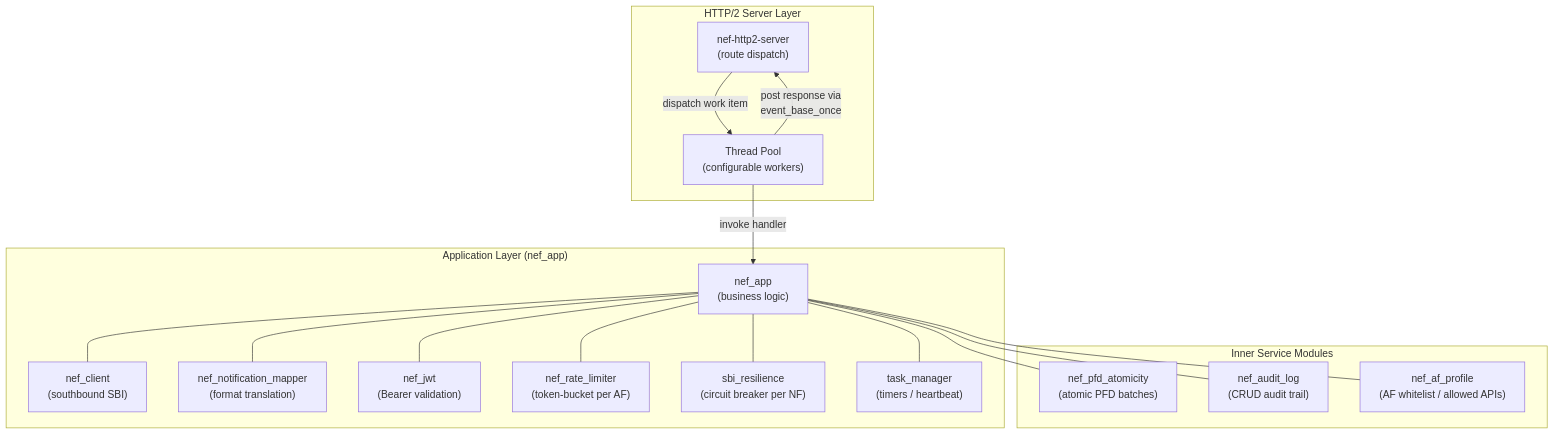
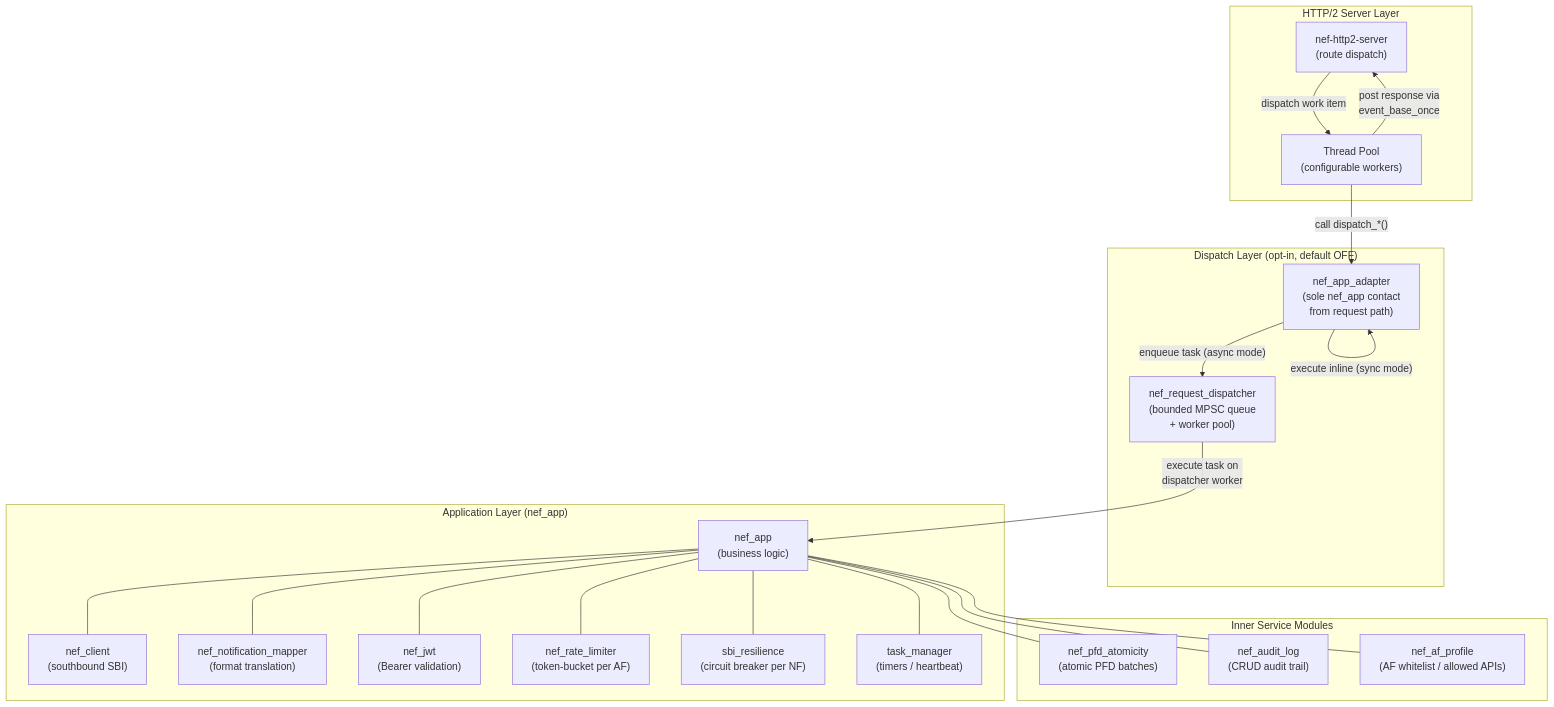
The second of 3 diagrams in docs/architecture.md (openairinterface/oai-cn5g-nef), drawn with Mermaid before and after one commit. The commit also changed other lines of this file and 20 other files, not shown here.

````diff
--- a/docs/architecture.md
+++ b/docs/architecture.md
@@ -26,36 +26,44 @@
 ```mermaid
 graph TB
     subgraph HTTP_Layer["HTTP/2 Server Layer"]
         HS["nef-http2-server\n(route dispatch)"]
         TP["Thread Pool\n(configurable workers)"]
         HS -->|"dispatch work item"| TP
         TP -->|"post response via\nevent_base_once"| HS
+    end
+
+    subgraph Dispatch_Layer["Dispatch Layer (opt-in, default OFF)"]
+        ADP["nef_app_adapter\n(sole nef_app contact\nfrom request path)"]
+        DQ["nef_request_dispatcher\n(bounded MPSC queue\n+ worker pool)"]
+        ADP -->|"enqueue task (async mode)"| DQ
+        ADP -->|"execute inline (sync mode)"| ADP
     end
 
     subgraph App_Layer["Application Layer (nef_app)"]
         APP["nef_app\n(business logic)"]
         CLI["nef_client\n(southbound SBI)"]
         NM["nef_notification_mapper\n(format translation)"]
         JWT["nef_jwt\n(Bearer validation)"]
         RL["nef_rate_limiter\n(token-bucket per AF)"]
         RES["sbi_resilience\n(circuit breaker per NF)"]
         TM["task_manager\n(timers / heartbeat)"]
         APP --- CLI
         APP --- NM
         APP --- JWT
         APP --- RL
         APP --- RES
         APP --- TM
     end
 
     subgraph Inner["Inner Service Modules"]
         PFD["nef_pfd_atomicity\n(atomic PFD batches)"]
         AUD["nef_audit_log\n(CRUD audit trail)"]
         AFP["nef_af_profile\n(AF whitelist / allowed APIs)"]
     end
 
-    TP -->|"invoke handler"| APP
+    TP -->|"call dispatch_*()"| ADP
+    DQ -->|"execute task on\ndispatcher worker"| APP
     APP --- PFD
     APP --- AUD
     APP --- AFP
 ```
````
